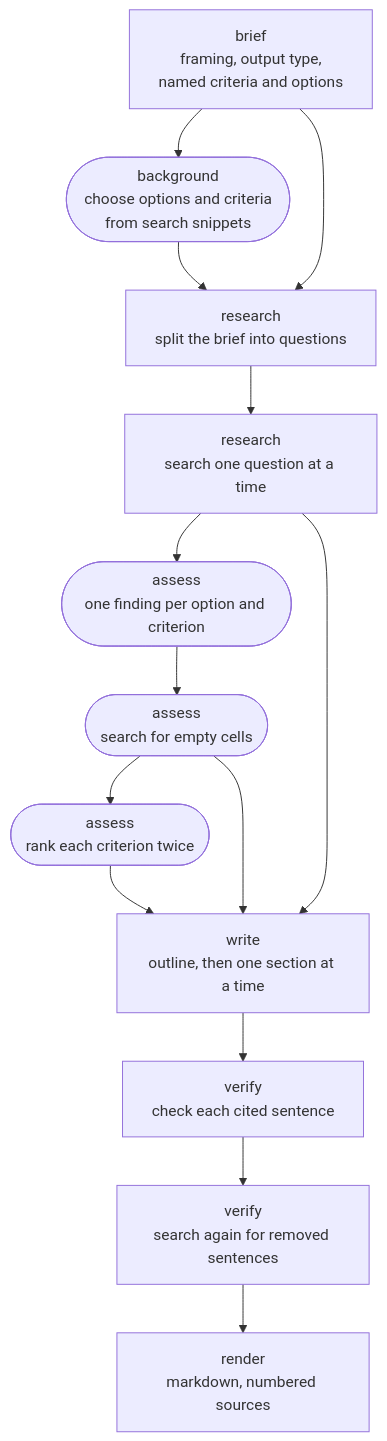
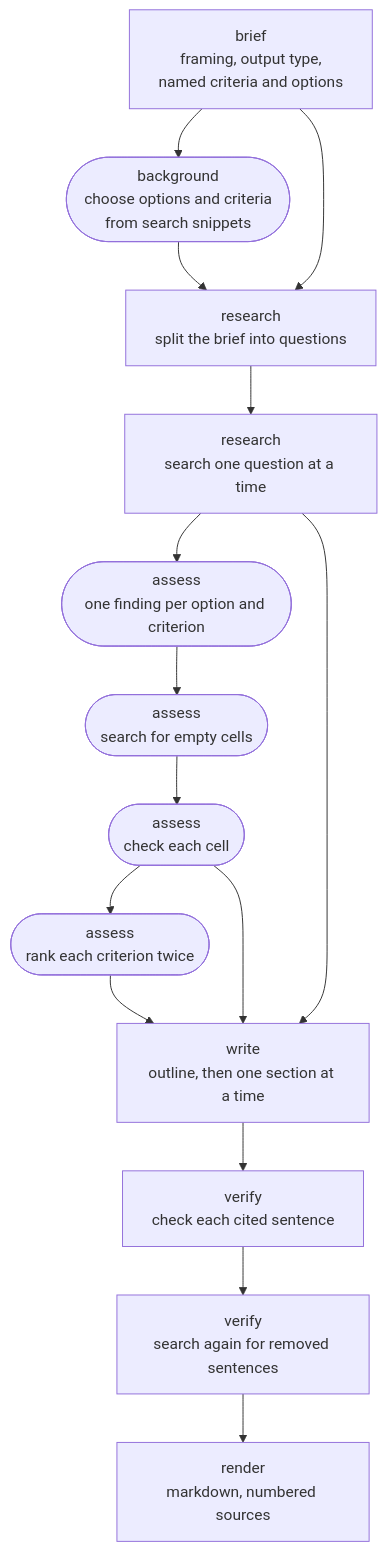
The first of 5 diagrams in docs/research.md (brewcoua/kvasir), drawn with Mermaid before and after one commit. The commit also changed other lines of this file and 3 other files, not shown here.

````diff
--- a/docs/research.md
+++ b/docs/research.md
@@ -29,22 +29,23 @@
 ```mermaid
 flowchart TD
     brief["brief<br/>framing, output type,<br/>named criteria and options"]
     background(["background<br/>choose options and criteria<br/>from search snippets"])
     decompose["research<br/>split the brief into questions"]
     loop["research<br/>search one question at a time"]
     assess(["assess<br/>one finding per option and criterion"])
     fill(["assess<br/>search for empty cells"])
+    cells(["assess<br/>check each cell"])
     rank(["assess<br/>rank each criterion twice"])
     write["write<br/>outline, then one section at a time"]
     verify["verify<br/>check each cited sentence"]
     repair["verify<br/>search again for removed sentences"]
     render["render<br/>markdown, numbered sources"]
 
     brief --> background --> decompose
     brief --> decompose
     decompose --> loop
-    loop --> assess --> fill --> rank --> write
-    fill --> write
+    loop --> assess --> fill --> cells --> rank --> write
+    cells --> write
     loop --> write
     write --> verify --> repair --> render
 ```
````
